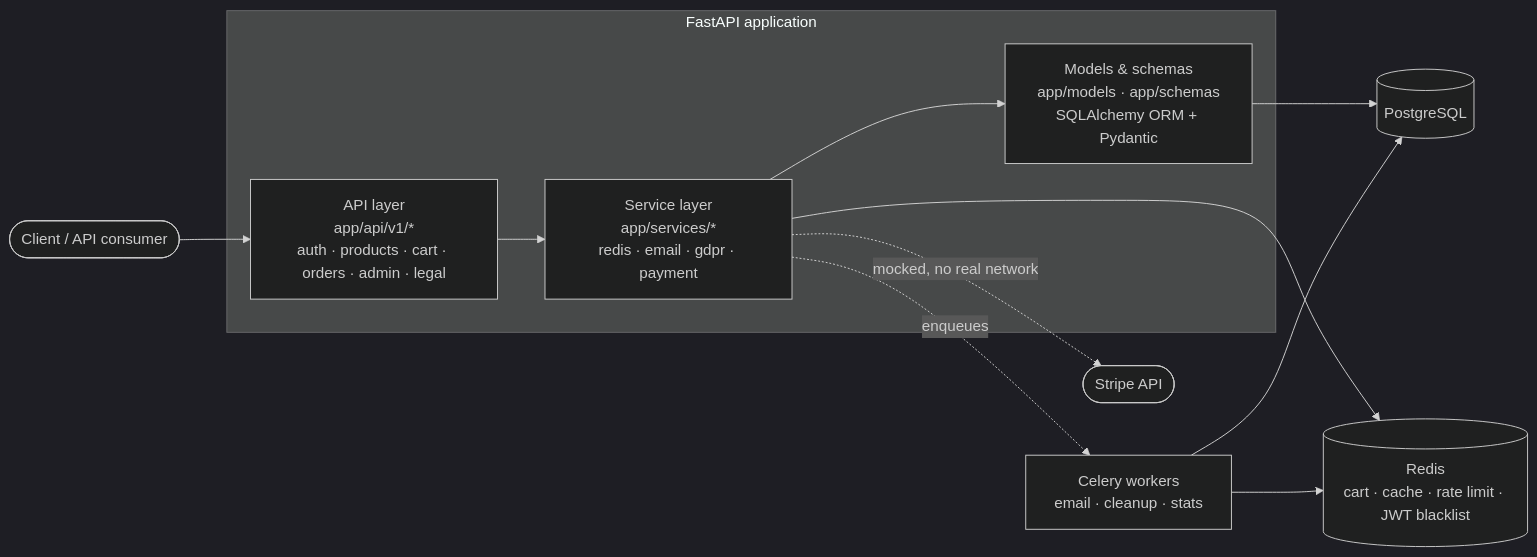
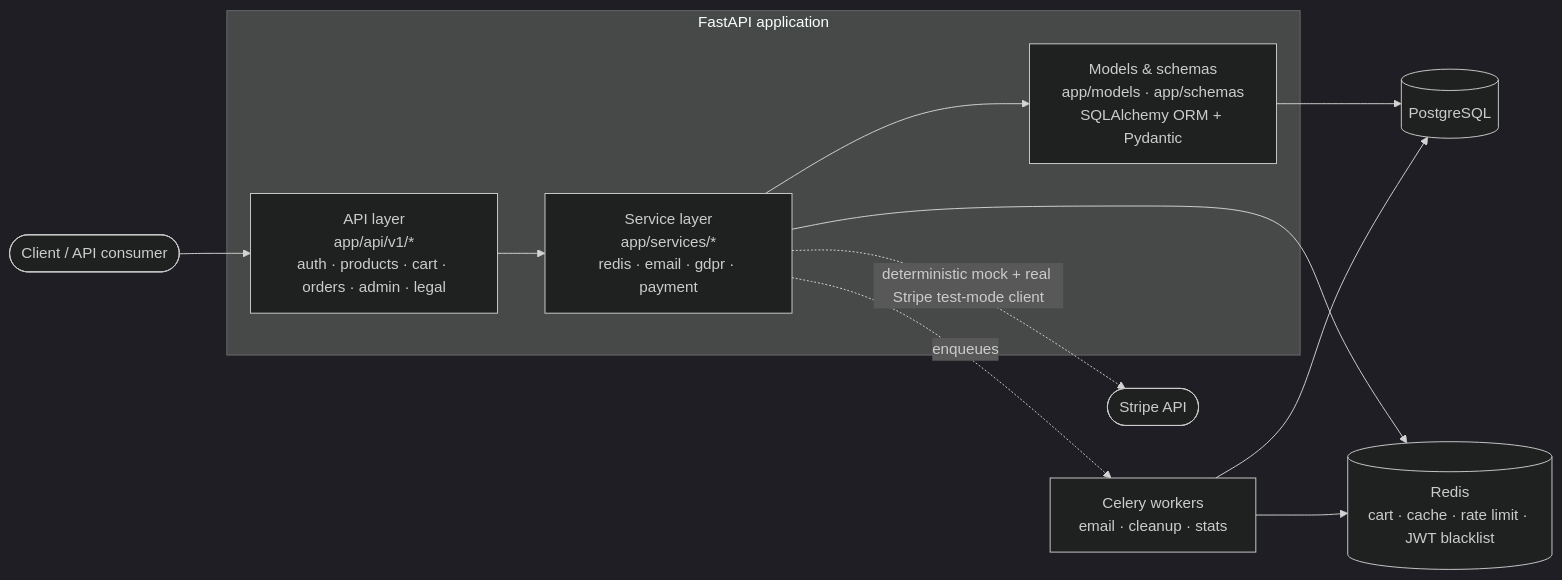
Before and after one commit to nadeko0/fastapi_e-commerce_backend: the diagram in README.md, drawn with Mermaid (dark theme). The commit also changed other lines of this file, not shown here.

````diff
--- a/README.md
+++ b/README.md
@@ -23,19 +25,19 @@
 ```mermaid
 flowchart LR
     Client(["Client / API consumer"]) --> API
 
     subgraph App["FastAPI application"]
         API["API layer<br/>app/api/v1/*<br/>auth · products · cart · orders · admin · legal"]
         Services["Service layer<br/>app/services/*<br/>redis · email · gdpr · payment"]
         Models["Models & schemas<br/>app/models · app/schemas<br/>SQLAlchemy ORM + Pydantic"]
         API --> Services
         Services --> Models
     end
 
     Models --> DB[("PostgreSQL")]
     Services --> Redis[("Redis<br/>cart · cache · rate limit · JWT blacklist")]
     Services -.enqueues.-> Celery["Celery workers<br/>email · cleanup · stats"]
     Celery --> DB
     Celery --> Redis
-    Services -."mocked, no real network".-> Stripe(["Stripe API"])
+    Services -.deterministic mock + real Stripe test-mode client.-> Stripe(["Stripe API"])
 ```
````
